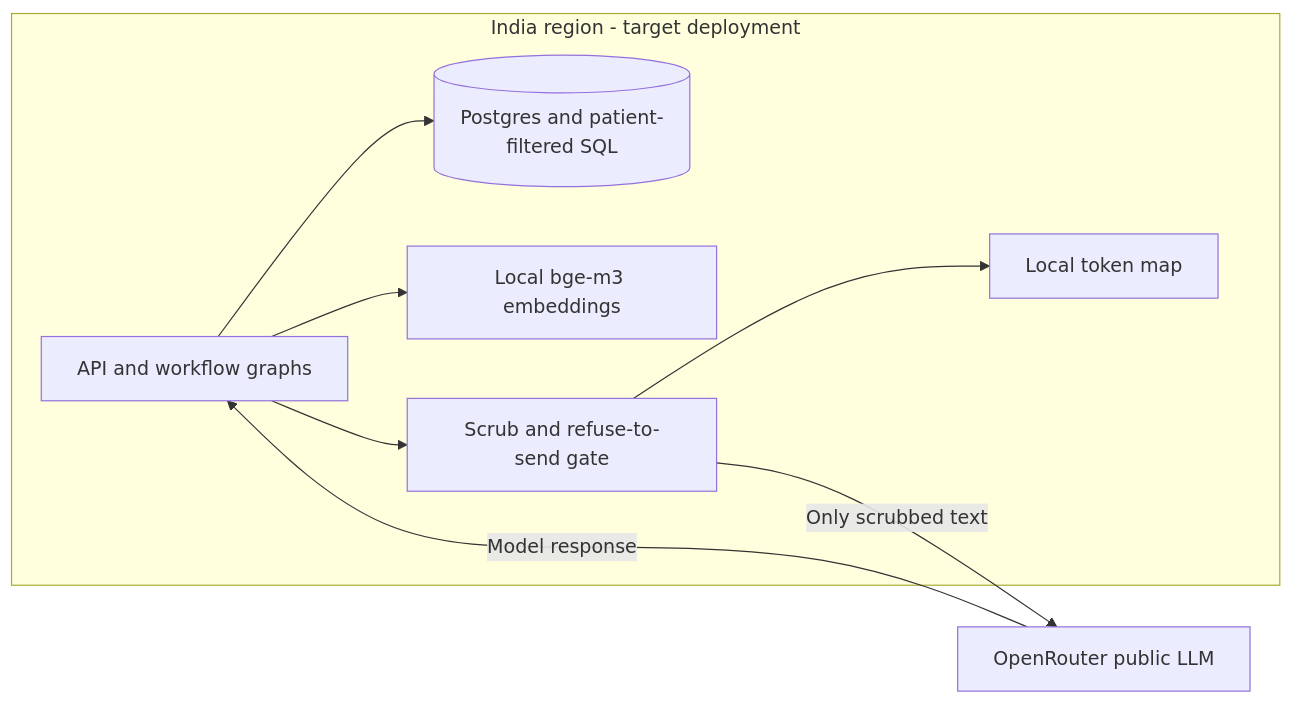
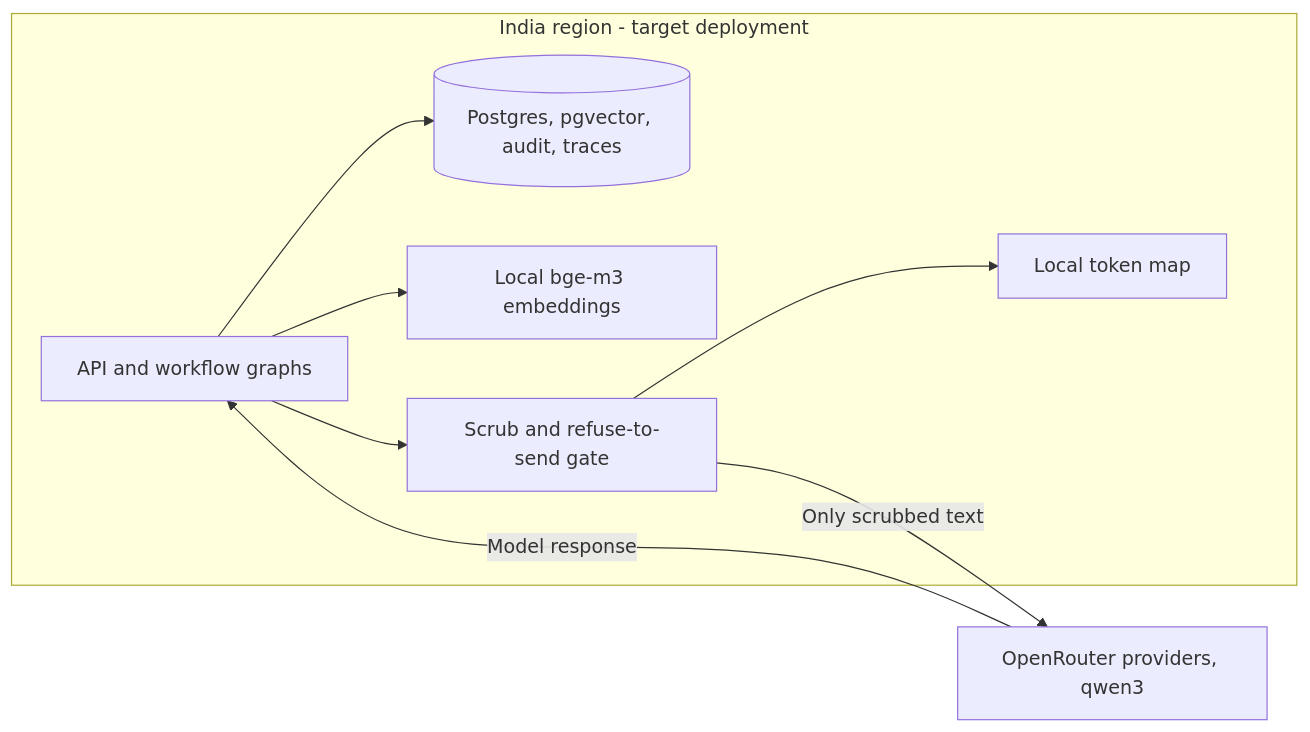
The diagram in infra/deployment-adr.md (akilakuppuswamy1/Sahyog_care), drawn with Mermaid before and after one commit. The commit also changed other lines of this file and 70 other files, not shown here.

Commit message:
Architect: parallel ingest (A2), horizontal scale + load test at 1,400 req/h (A3), self-set CR-001 DPDP erasure, D2/D6/week-one paperwork, data review

````diff
--- a/infra/deployment-adr.md
+++ b/infra/deployment-adr.md
@@ -18,11 +41,11 @@
 ```mermaid
 flowchart LR
     subgraph India[India region - target deployment]
-        API[API and workflow graphs] --> DB[(Postgres and patient-filtered SQL)]
+        API[API and workflow graphs] --> DB[(Postgres, pgvector, audit, traces)]
         API --> EMB[Local bge-m3 embeddings]
         API --> SCRUB[Scrub and refuse-to-send gate]
         SCRUB --> MAP[Local token map]
     end
-    SCRUB -->|Only scrubbed text| OR[OpenRouter public LLM]
+    SCRUB -->|Only scrubbed text| OR[OpenRouter providers, qwen3]
     OR -->|Model response| API
 ```
````
